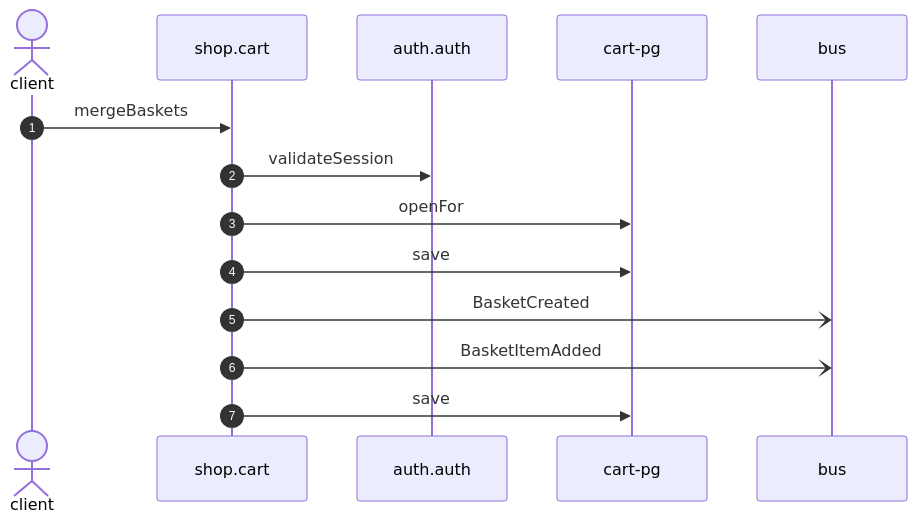
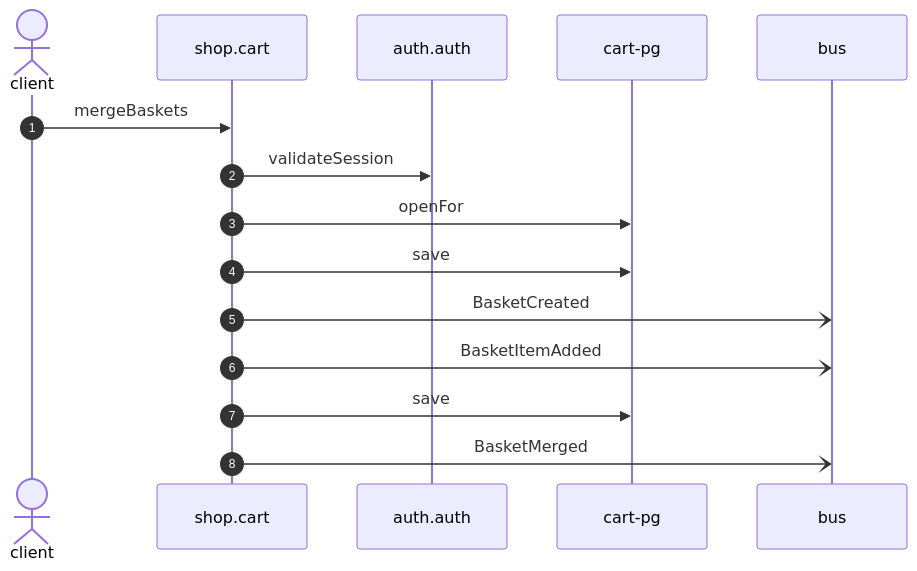
Before and after one commit to shortlink-org/portolan: the diagram in docs/flows/cart-merge-baskets.md, drawn with Mermaid. The commit also changed other lines of this file and 21 other files, not shown here.

````diff
--- a/docs/flows/cart-merge-baskets.md
+++ b/docs/flows/cart-merge-baskets.md
@@ -21,16 +21,17 @@
 ```mermaid
 sequenceDiagram
     autonumber
     actor p0 as client
     participant p1 as shop.cart
     participant p2 as auth.auth
     participant p3 as cart-pg
     participant p4 as bus
     p0->>p1: mergeBaskets
     p1->>p2: validateSession
     p1->>p3: openFor
     p1->>p3: save
     p1-)p4: BasketCreated
     p1-)p4: BasketItemAdded
     p1->>p3: save
+    p1-)p4: BasketMerged
 ```
````
